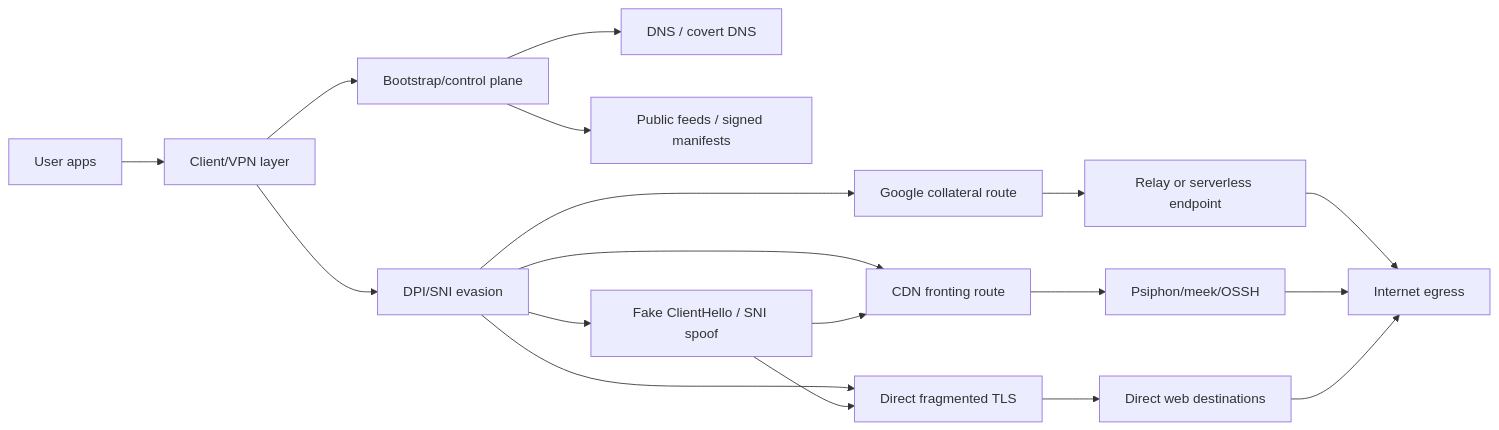
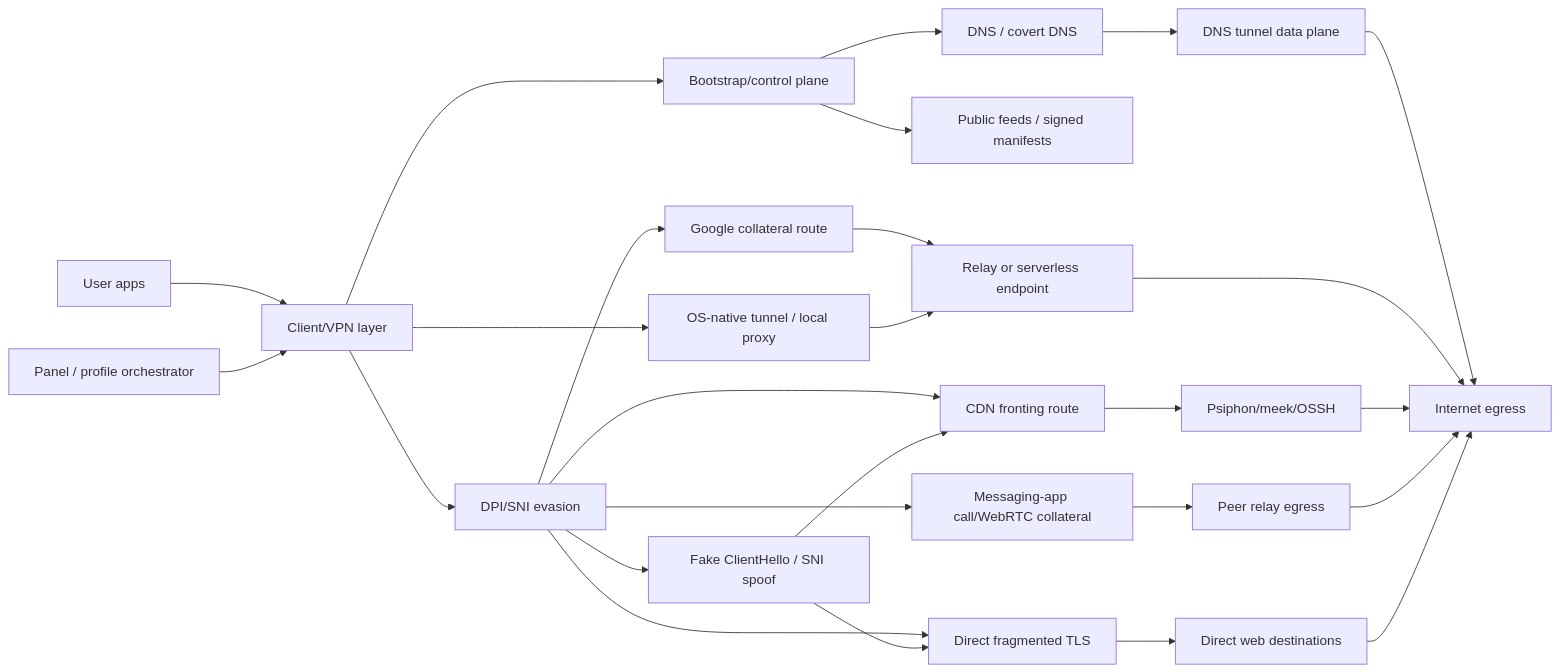
Before and after one commit to vibecodegits/censorship-circumvention-kb: the diagram in docs/architecture-map.md, drawn with Mermaid. The commit also changed other lines of this file and 13 other files, not shown here.

````diff
--- a/docs/architecture-map.md
+++ b/docs/architecture-map.md
@@ -5,20 +5,28 @@
 ```mermaid
 flowchart LR
   UserApps["User apps"] --> Client["Client/VPN layer"]
+  Orchestrator["Panel / profile orchestrator"] --> Client
   Client --> Bootstrap["Bootstrap/control plane"]
   Client --> Evasion["DPI/SNI evasion"]
+  Client --> NativeTunnel["OS-native tunnel / local proxy"]
   Bootstrap --> DNS["DNS / covert DNS"]
   Bootstrap --> PublicFeeds["Public feeds / signed manifests"]
+  DNS --> DNSTunnel["DNS tunnel data plane"]
   Evasion --> Google["Google collateral route"]
   Evasion --> CDN["CDN fronting route"]
   Evasion --> DirectTLS["Direct fragmented TLS"]
   Evasion --> SNISpoof["Fake ClientHello / SNI spoof"]
+  Evasion --> Messenger["Messaging-app call/WebRTC collateral"]
   Google --> Relay["Relay or serverless endpoint"]
   CDN --> Psiphon["Psiphon/meek/OSSH"]
+  Messenger --> PeerEgress["Peer relay egress"]
   SNISpoof --> CDN
   SNISpoof --> DirectTLS
+  NativeTunnel --> Relay
+  DNSTunnel --> Egress
   DirectTLS --> DirectWeb["Direct web destinations"]
   Relay --> Egress["Internet egress"]
   Psiphon --> Egress
+  PeerEgress --> Egress
   DirectWeb --> Egress
 ```
````
